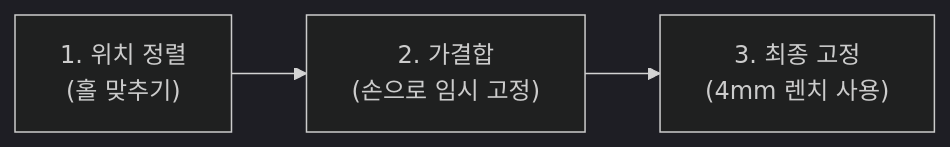
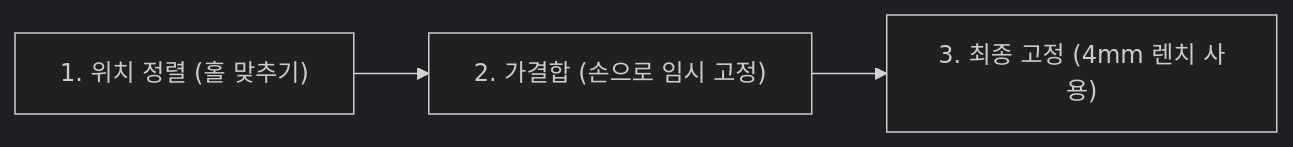
Before and after one commit to Rinology/xtron-manual: the diagram in src/data/markdown/basic/battery-braket.md, drawn with Mermaid (dark theme).

Commit message:
브라켓 장착 mermaid 수정

````diff
--- a/src/data/markdown/basic/battery-braket.md
+++ b/src/data/markdown/basic/battery-braket.md
@@ -35,7 +35,8 @@
 ```mermaid
 graph LR
-    step1["1. 위치 정렬<br/>(홀 맞추기)"]
-    step2["2. 가결합<br/>(손으로 임시 고정)"]
-    step3["3. 최종 고정<br/>(4mm 렌치 사용)"]
+    step1["1. 위치 정렬 (홀 맞추기)"]
+    step2["2. 가결합 (손으로 임시 고정)"]
+    step3["3. 최종 고정 (4mm 렌치 사용)"]
+    
     step1 --> step2 --> step3
 ```
````
